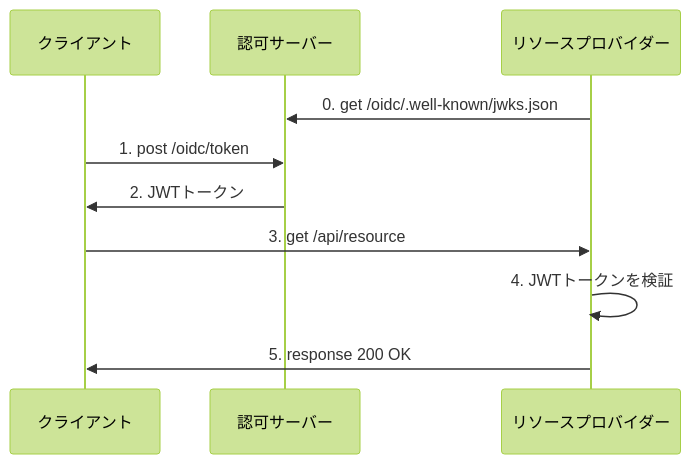
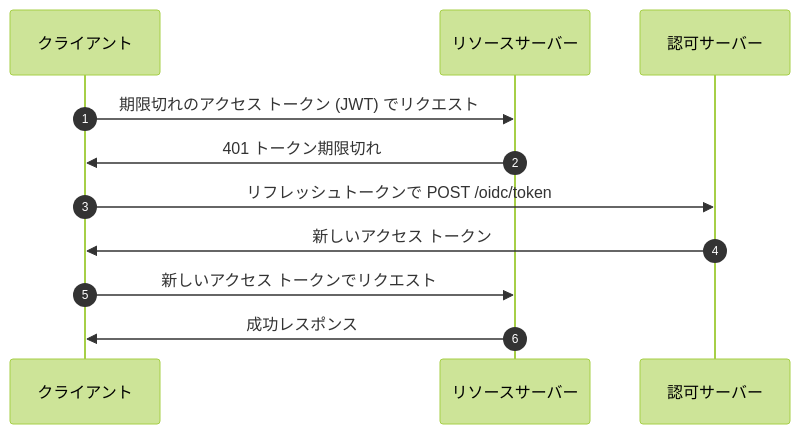
One commit to logto-io/auth-wiki changed the fifth of 5 diagrams in src/content/terms/ja/opaque-token.mdx. Above: the diagram before and after it, drawn with Mermaid (forest theme). The commit also changed other lines of this file and 95 other files, not shown here.

````diff
--- a/src/content/terms/ja/opaque-token.mdx
+++ b/src/content/terms/ja/opaque-token.mdx
@@ -73,16 +123,14 @@
 ```mermaid
+sequenceDiagram
+    participant Client as クライアント
+    participant RS as リソースサーバー
+    participant AS as 認可サーバー
+    autonumber
 
-sequenceDiagram
-    participant C as クライアント
-    participant AS as 認可サーバー
-    participant RP as リソースプロバイダー
-
-    RP ->> AS: 0. get /oidc/.well-known/jwks.json
-
-    C ->> AS: 1. post /oidc/token
-    AS ->> C: 2. JWTトークン
-    C ->> RP: 3. get /api/resource
-    RP ->> RP: 4. JWTトークンを検証
-    RP ->> C: 5. response 200 OK
-
+    Client->>RS: 期限切れのアクセス トークン (JWT) でリクエスト
+    RS->>Client: 401 トークン期限切れ
+    Client->>AS: リフレッシュトークンで POST /oidc/token
+    AS->>Client: 新しいアクセス トークン
+    Client->>RS: 新しいアクセス トークンでリクエスト
+    RS->>Client: 成功レスポンス
 ```
````
